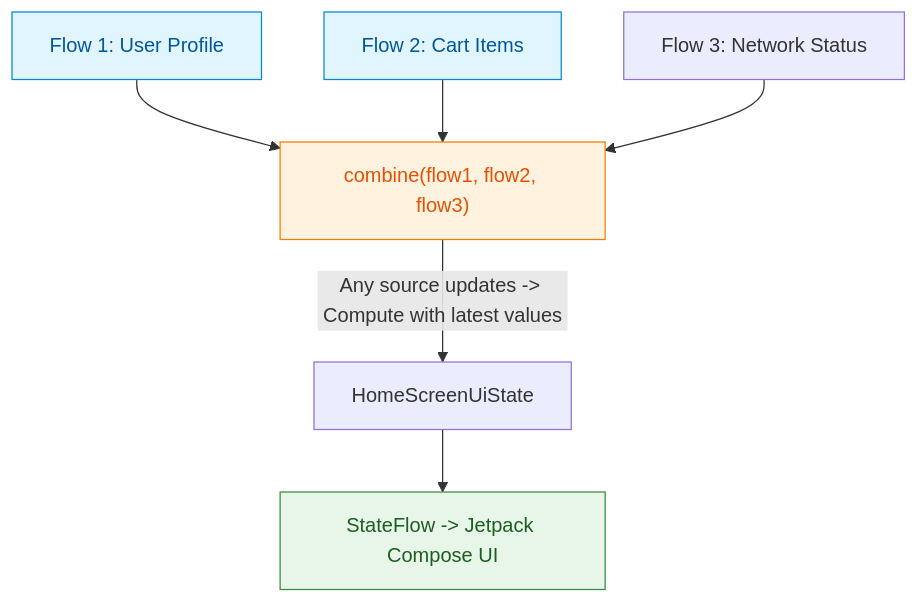
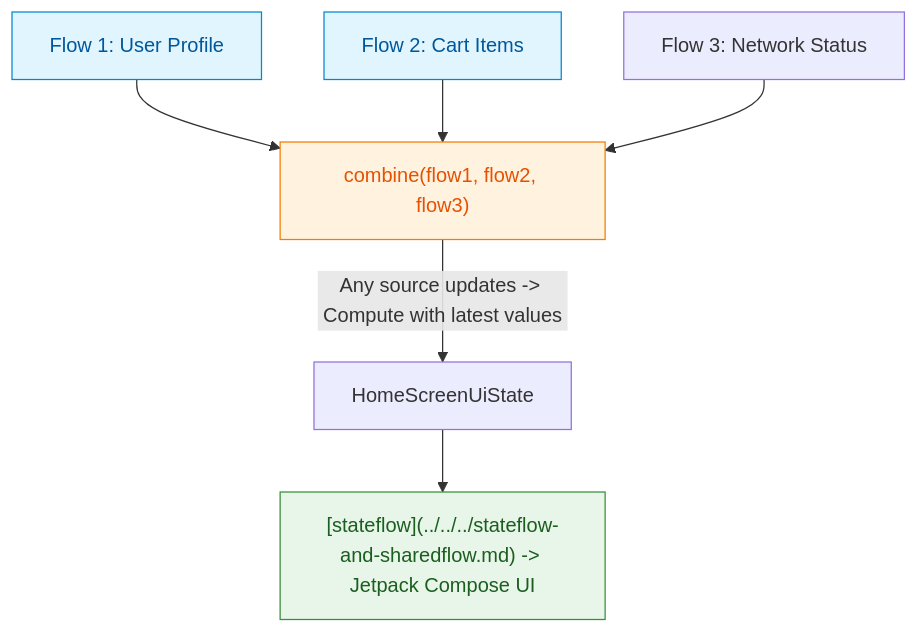
The diagram in 01_inbox/mobile/android/02_app_framework/data/async-flow/flow-state-contracts/combine-builds-screen-state-from-latest-source-values.md (youngmin-gwon/what-i-studied), drawn with Mermaid before and after one commit. The commit also changed 185 other files, not shown here.

````diff
--- a/01_inbox/mobile/android/02_app_framework/data/async-flow/flow-state-contracts/combine-builds-screen-state-from-latest-source-values.md
+++ b/01_inbox/mobile/android/02_app_framework/data/async-flow/flow-state-contracts/combine-builds-screen-state-from-latest-source-values.md
@@ -23,14 +23,14 @@
 ```mermaid
 graph TD
     A["Flow 1: User Profile"] --> C["combine(flow1, flow2, flow3)"]
     B["Flow 2: Cart Items"] --> C
     D["Flow 3: Network Status"] --> C
     
     C -->|"Any source updates -> Compute with latest values"| E["HomeScreenUiState"]
-    E --> F["StateFlow -> Jetpack Compose UI"]
+    E --> F["[stateflow](../../../stateflow-and-sharedflow.md) -> Jetpack Compose UI"]
 
     style A fill:#e1f5fe,stroke:#0288d1,color:#01579b
     style B fill:#e1f5fe,stroke:#0288d1,color:#01579b
     style C fill:#fff3e0,stroke:#f57c00,color:#e65100
     style F fill:#e8f5e9,stroke:#388e3c,color:#1b5e20
 ```
````
